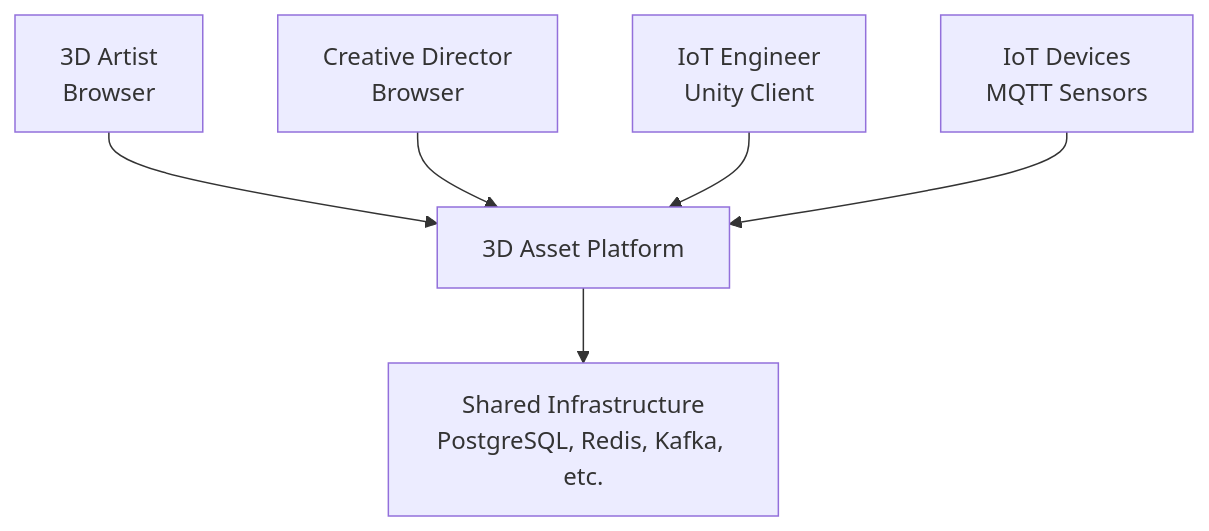
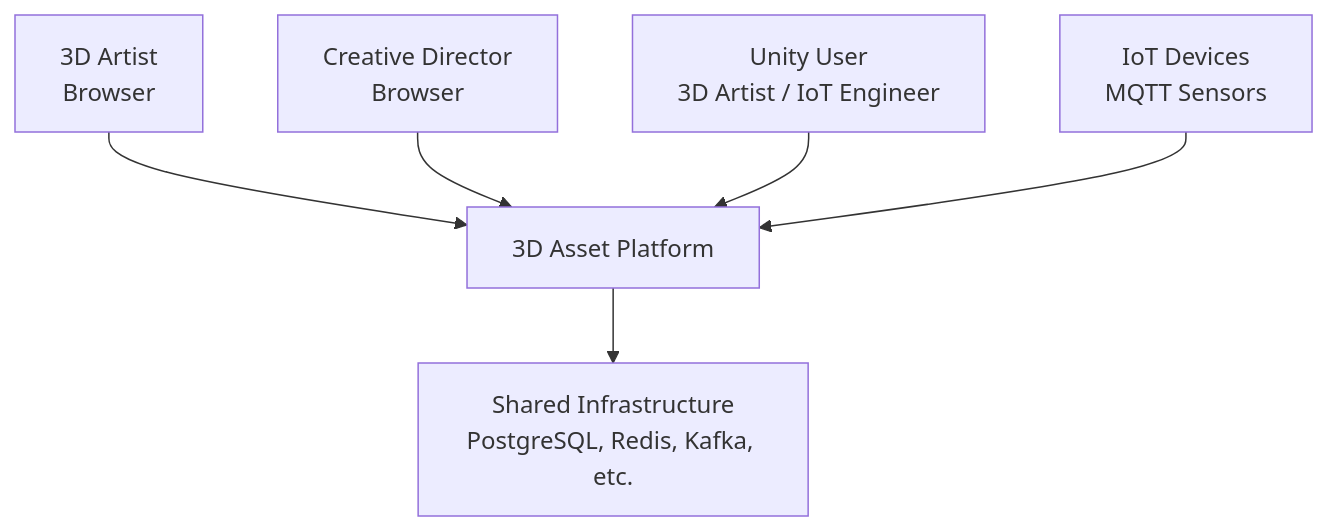
Before and after one commit to Eyolf6Coyote7/Eyolf6Coyote7: the first of 10 diagrams in 3d_asset_collaboration/docs/system_architecture.md, drawn with Mermaid. The commit also changed other lines of this file, not shown here.

First line of the commit message:
🎨style#48: apply Gemini review fixes (10 items) for 3D Asset Architecture

````diff
--- a/3d_asset_collaboration/docs/system_architecture.md
+++ b/3d_asset_collaboration/docs/system_architecture.md
@@ -11,8 +11,8 @@
 ```mermaid
 graph TD
   ARTIST[3D Artist<br/>Browser] --> SYS[3D Asset Platform]
   DIRECTOR[Creative Director<br/>Browser] --> SYS
-  UNITY_USER[IoT Engineer<br/>Unity Client] --> SYS
+  UNITY_USER[Unity User<br/>3D Artist / IoT Engineer] --> SYS
   IOT[IoT Devices<br/>MQTT Sensors] --> SYS
   SYS --> INFRA[Shared Infrastructure<br/>PostgreSQL, Redis, Kafka, etc.]
 ```
````
